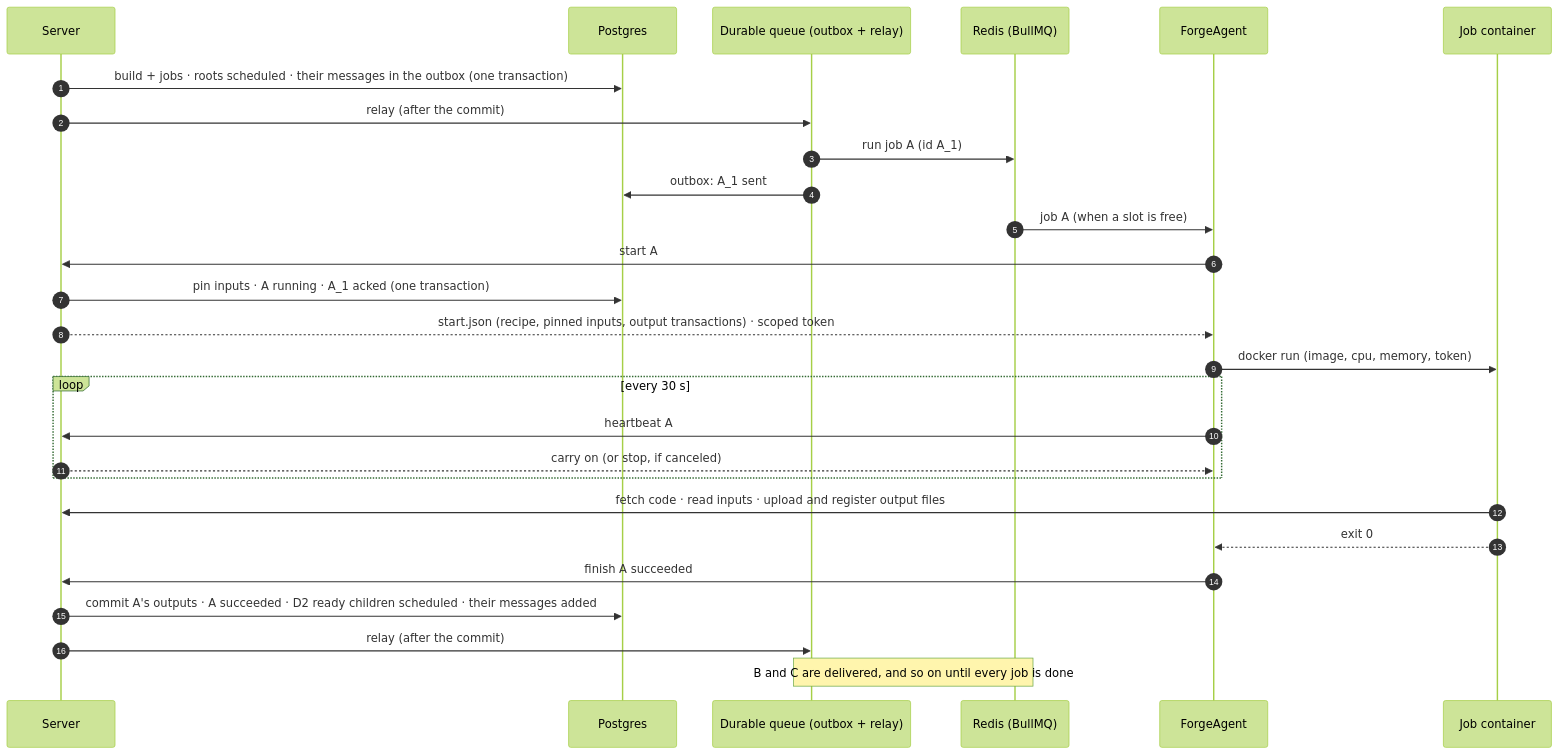
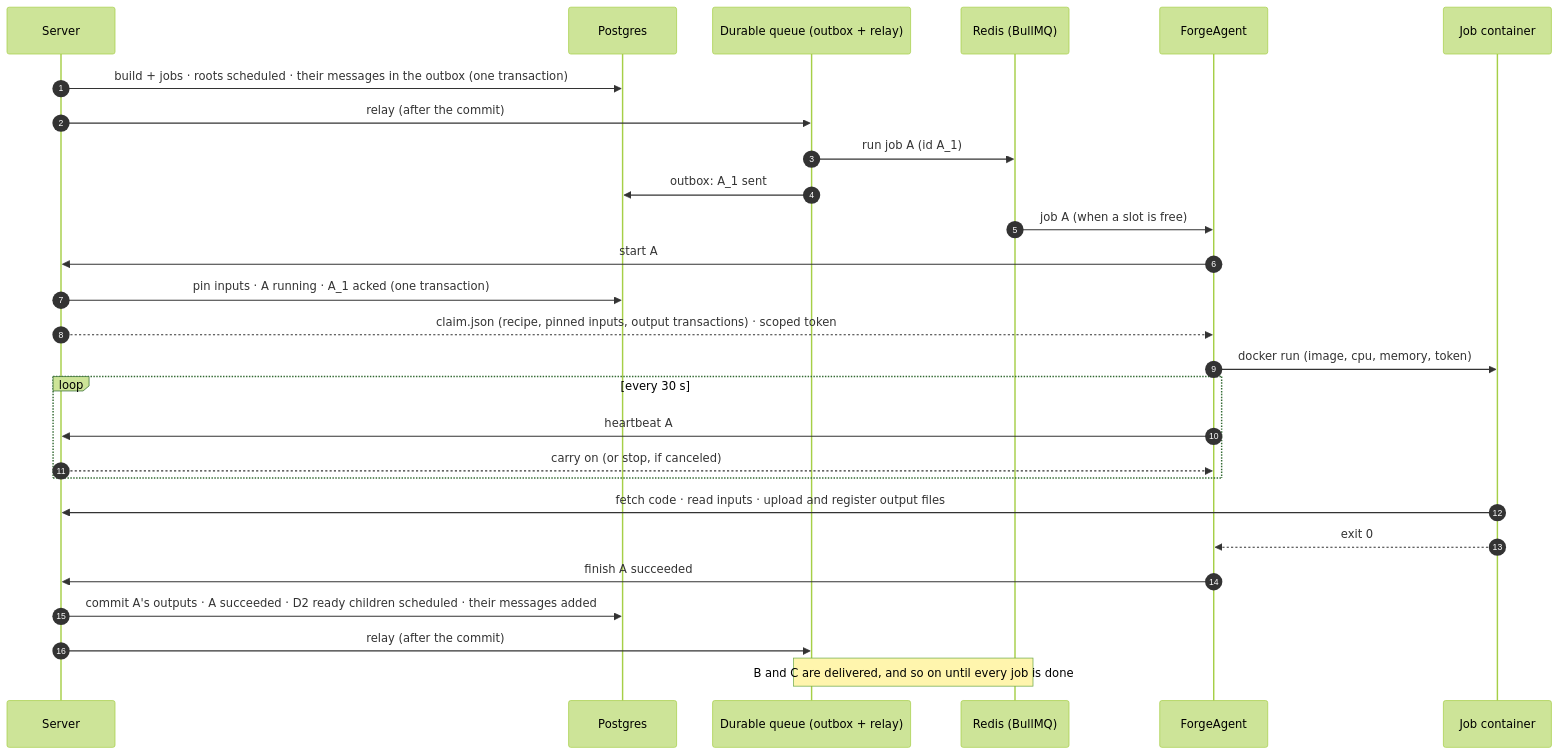
The second of 3 diagrams in docs/design/forge.md (RolandTeslaru/Quarry), drawn with Mermaid (forest theme) before and after one commit. The commit also changed other lines of this file and 34 other files, not shown here.

First line of the commit message:
refactor: rename job handling methods in ForgeAgent to use 'claim' instead of 'start'

````diff
--- a/docs/design/forge.md
+++ b/docs/design/forge.md
@@ -184,30 +184,30 @@
 ```mermaid
 sequenceDiagram
     autonumber
     participant S as Server
     participant PG as Postgres
     participant R as Durable queue (outbox + relay)
     participant Q as Redis (BullMQ)
     participant A as ForgeAgent
     participant C as Job container
 
     S->>PG: build + jobs · roots scheduled · their messages in the outbox (one transaction)
     S->>R: relay (after the commit)
     R->>Q: run job A (id A_1)
     R->>PG: outbox: A_1 sent
     Q->>A: job A (when a slot is free)
     A->>S: start A
     S->>PG: pin inputs · A running · A_1 acked (one transaction)
-    S-->>A: start.json (recipe, pinned inputs, output transactions) · scoped token
+    S-->>A: claim.json (recipe, pinned inputs, output transactions) · scoped token
     A->>C: docker run (image, cpu, memory, token)
     loop every 30 s
         A->>S: heartbeat A
         S-->>A: carry on (or stop, if canceled)
     end
     C->>S: fetch code · read inputs · upload and register output files
     C-->>A: exit 0
     A->>S: finish A succeeded
     S->>PG: commit A's outputs · A succeeded · D2 ready children scheduled · their messages added
     S->>R: relay (after the commit)
     Note over R,Q: B and C are delivered, and so on until every job is done
 ```
````
